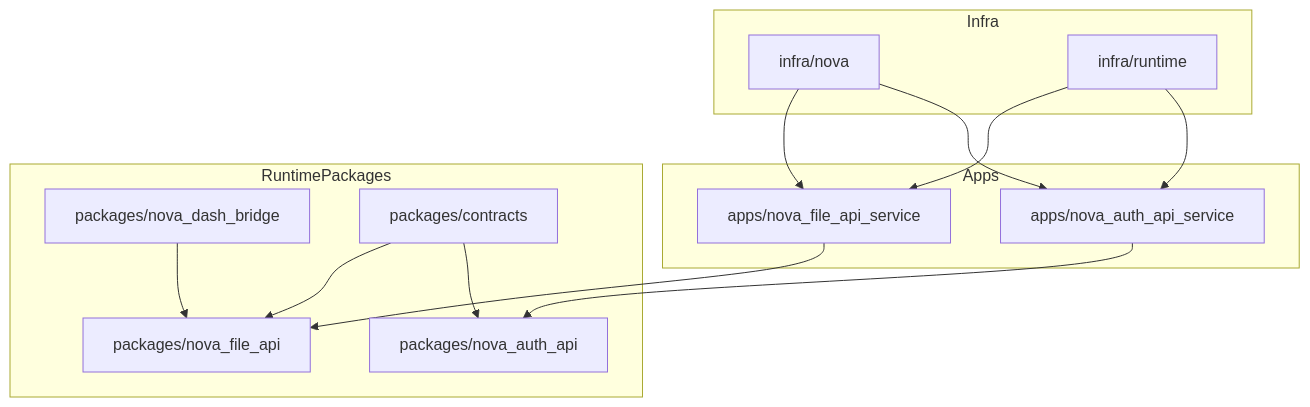
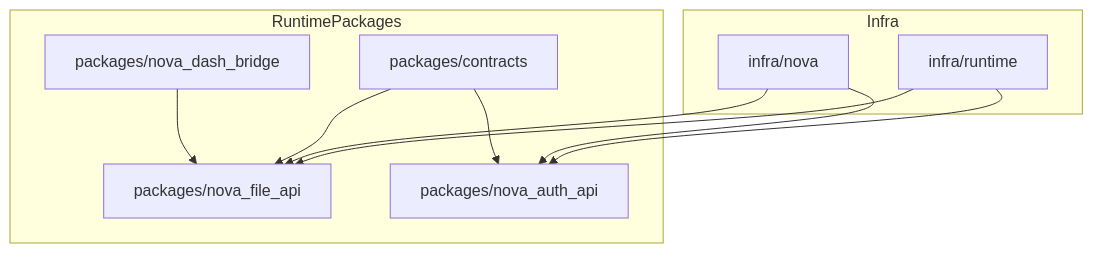
Before and after one commit to BjornMelin/nova: the first of 6 diagrams in docs/overview/NOVA-REPO-OVERVIEW.md, drawn with Mermaid. The commit also changed other lines of this file and 43 other files, not shown here.

````diff
--- a/docs/overview/NOVA-REPO-OVERVIEW.md
+++ b/docs/overview/NOVA-REPO-OVERVIEW.md
@@ -29,27 +27,21 @@
 ```mermaid
 flowchart TB
-    subgraph Apps
-        A1["apps/nova_file_api_service"]
-        A2["apps/nova_auth_api_service"]
-    end
     subgraph RuntimePackages
         P1["packages/nova_file_api"]
         P2["packages/nova_auth_api"]
         P3["packages/nova_dash_bridge"]
         P4["packages/contracts"]
     end
     subgraph Infra
         I1["infra/nova"]
         I2["infra/runtime"]
     end
 
-    A1 --> P1
-    A2 --> P2
     P3 --> P1
     P4 --> P1
     P4 --> P2
-    I1 --> A1
-    I1 --> A2
-    I2 --> A1
-    I2 --> A2
+    I1 --> P1
+    I1 --> P2
+    I2 --> P1
+    I2 --> P2
 ```
````
